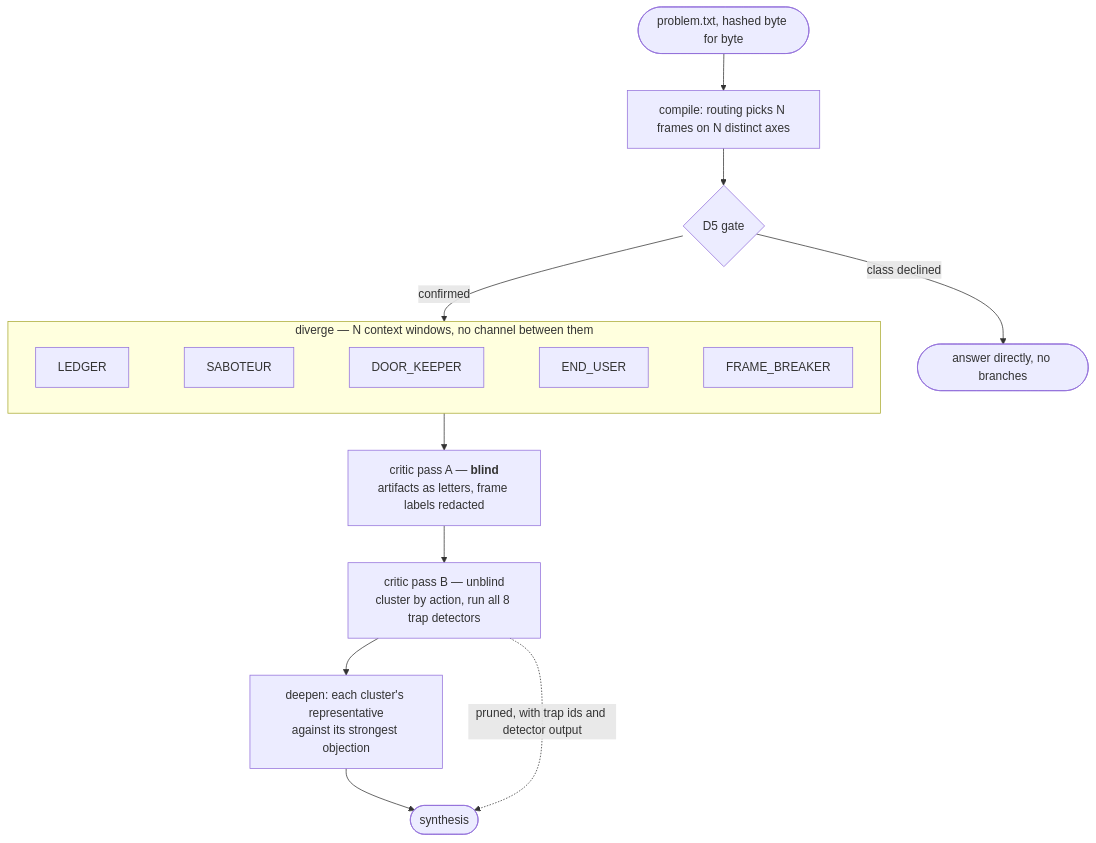
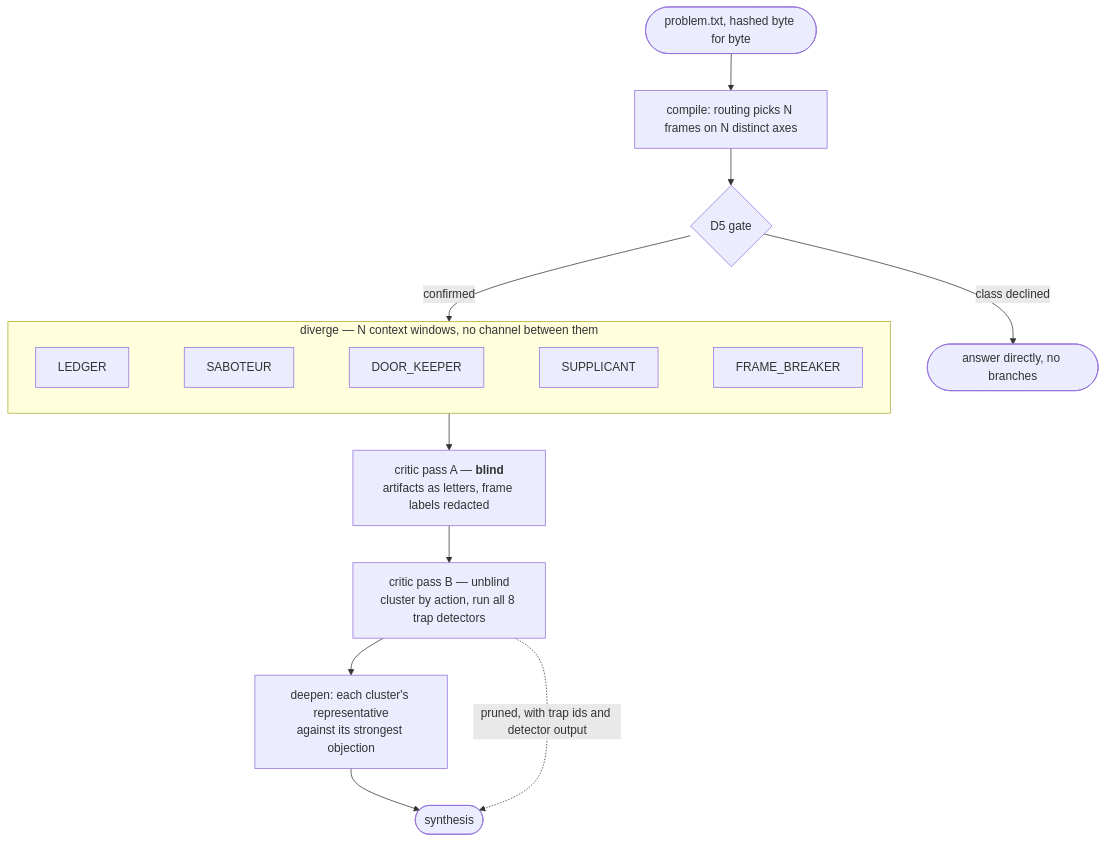
Before and after one commit to drewc611/Ai-adhd: the fourth of 7 diagrams in README.md, drawn with Mermaid. The commit also changed other lines of this file and 24 other files, not shown here.

````diff
--- a/README.md
+++ b/README.md
@@ -161,16 +161,16 @@
 ```mermaid
 flowchart TB
   P(["problem.txt, hashed byte for byte"]) --> C["compile: routing picks N frames on N distinct axes"]
   C --> G{"D5 gate"}
   G -->|"class declined"| X(["answer directly, no branches"])
   G -->|"confirmed"| D
   subgraph D["diverge &mdash; N context windows, no channel between them"]
     direction LR
-    F1["LEDGER"] ~~~ F2["SABOTEUR"] ~~~ F3["DOOR_KEEPER"] ~~~ F4["END_USER"] ~~~ F5["FRAME_BREAKER"]
+    F1["LEDGER"] ~~~ F2["SABOTEUR"] ~~~ F3["DOOR_KEEPER"] ~~~ F4["SUPPLICANT"] ~~~ F5["FRAME_BREAKER"]
   end
   D --> A["critic pass A &mdash; <b>blind</b><br/>artifacts as letters, frame labels redacted"]
   A --> B["critic pass B &mdash; unblind<br/>cluster by action, run all 8 trap detectors"]
   B --> K["deepen: each cluster's representative<br/>against its strongest objection"]
   K --> S(["synthesis"])
   B -.->|"pruned, with trap ids and detector output"| S
 ```
````
